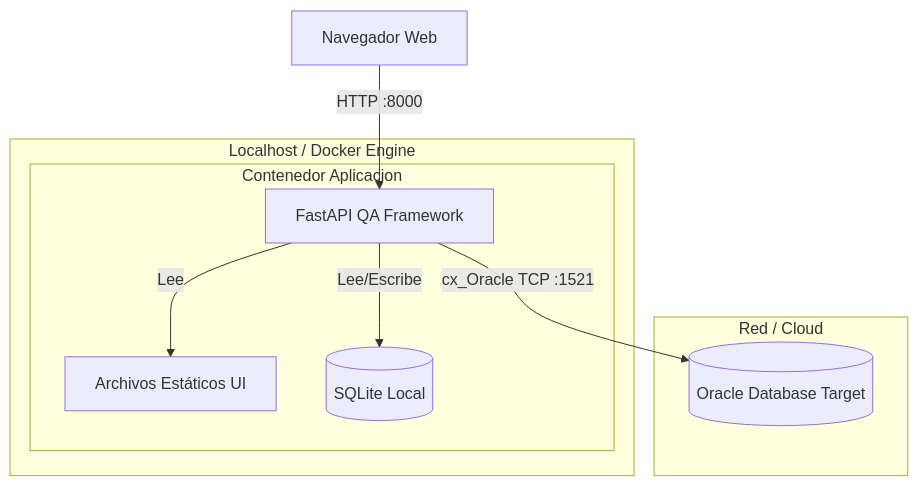
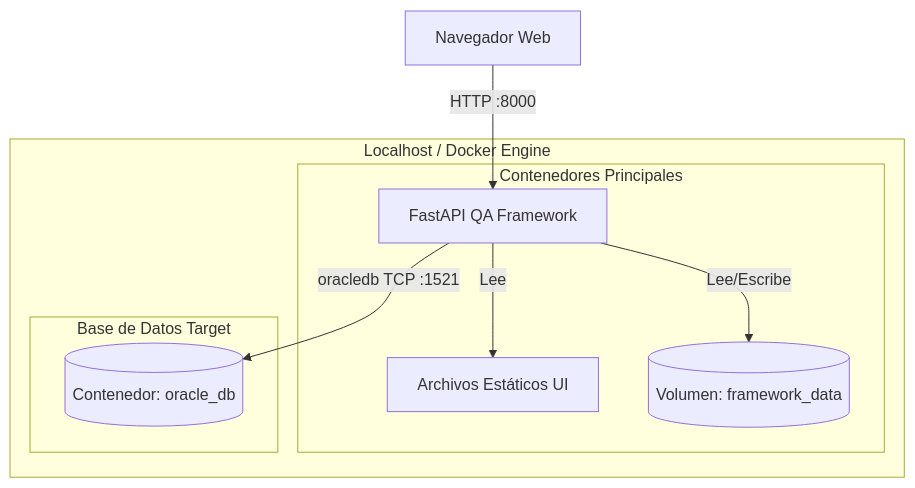
Before and after one commit to Geraldzvallos/framework-pruebas-sql-publico: the diagram in framework-pruebas-sql/docs/diagramas/despliegue.mermaid, drawn with Mermaid. The commit also changed 17 other files, not shown here.

```diff
--- a/framework-pruebas-sql/docs/diagramas/despliegue.mermaid
+++ b/framework-pruebas-sql/docs/diagramas/despliegue.mermaid
@@ -1,17 +1,16 @@
 graph TD
     subgraph Localhost / Docker Engine
-        subgraph Contenedor Aplicacion
+        subgraph Contenedores Principales
             App[FastAPI QA Framework]
             UI[Archivos Estáticos UI]
-            DB_Local[(SQLite Local)]
+            DB_Local[(Volumen: framework_data)]
         end
-    end
-
-    subgraph Red / Cloud
-        Oracle[(Oracle Database Target)]
+        subgraph Base de Datos Target
+            Oracle[(Contenedor: oracle_db)]
+        end
     end
 
     Client[Navegador Web] -- HTTP :8000 --> App
     App -- Lee --> UI
     App -- Lee/Escribe --> DB_Local
-    App -- cx_Oracle TCP :1521 --> Oracle
+    App -- oracledb TCP :1521 --> Oracle
```
